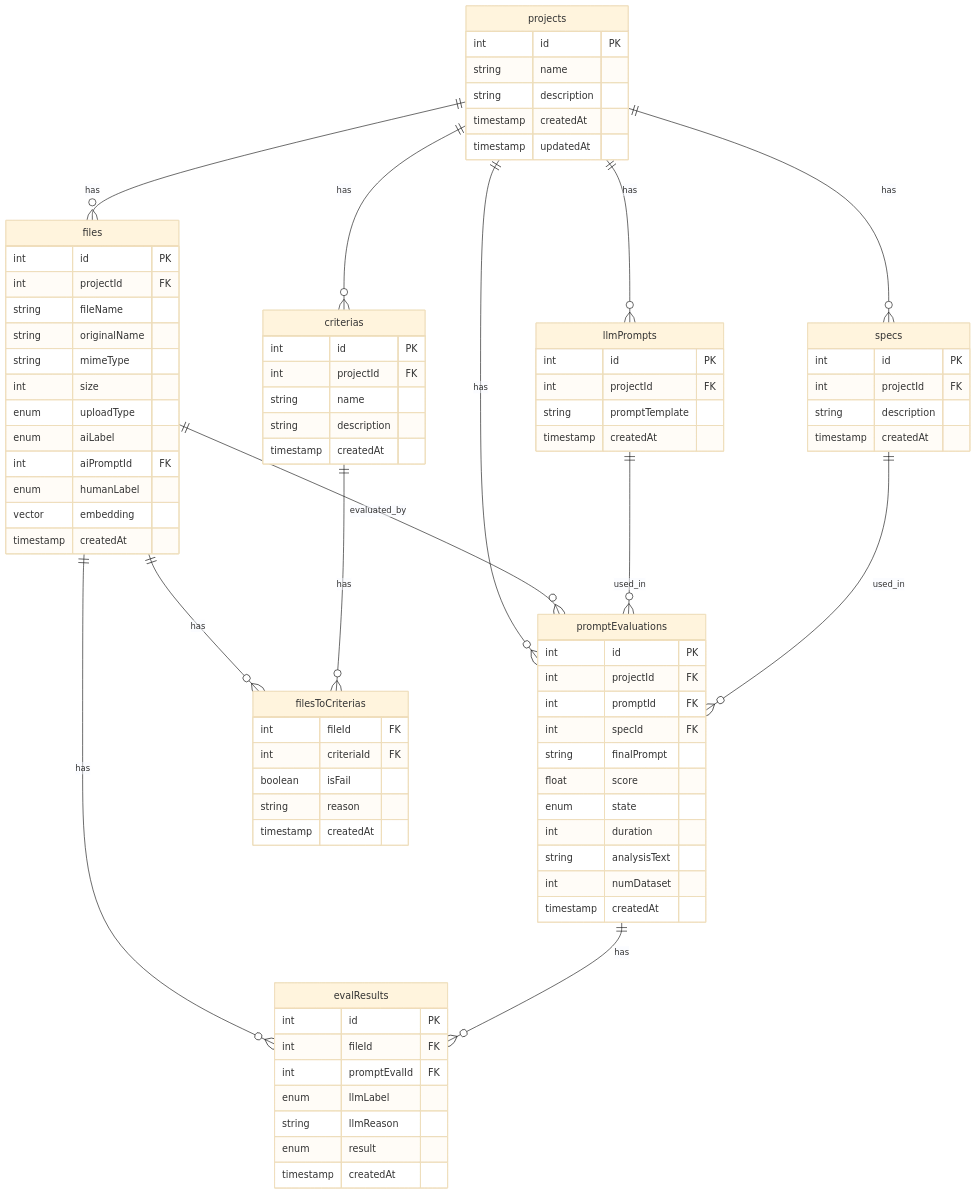
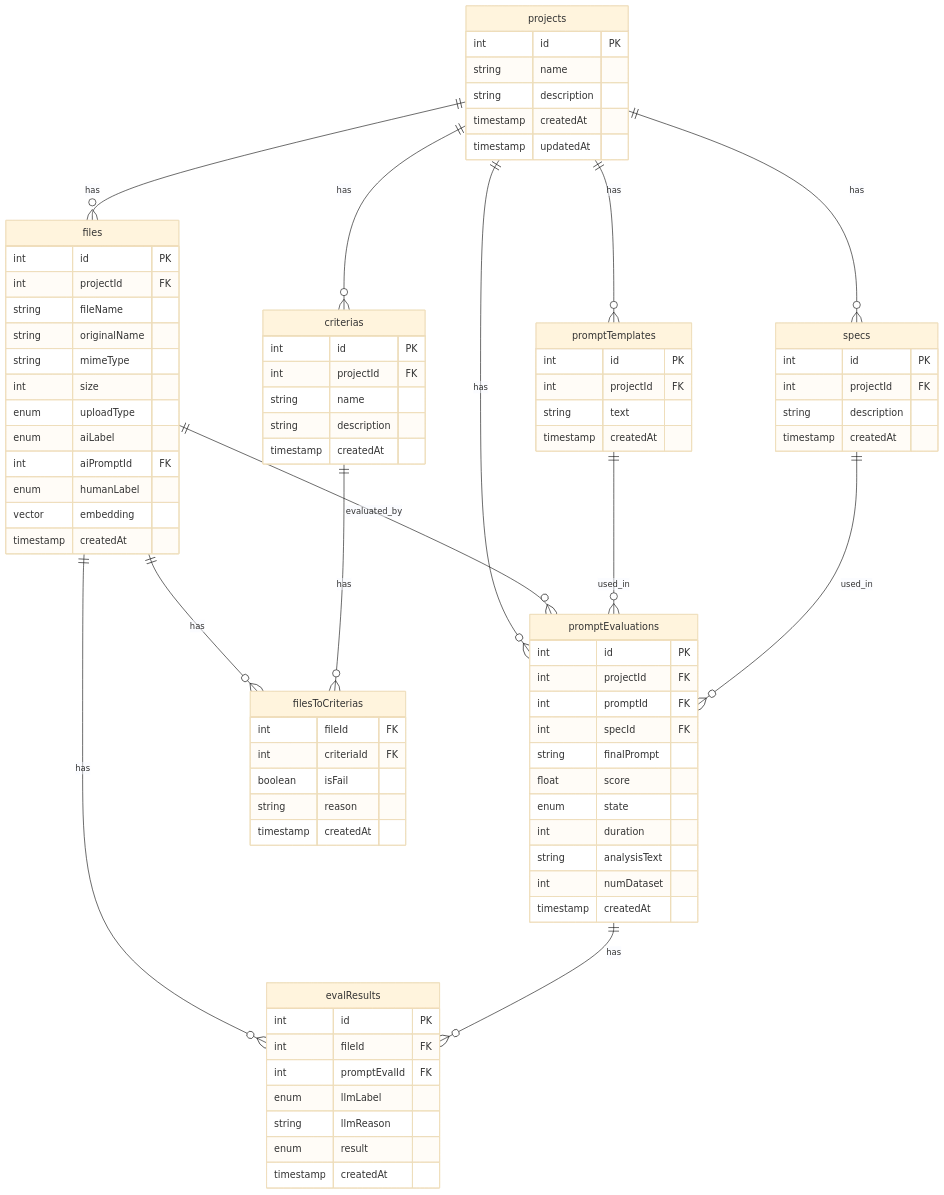
One commit to msrks/llmbox changed the diagram in README.md. Above: the diagram before and after it, drawn with Mermaid (base theme). The commit also changed 10 other files, not shown here.

First line of the commit message:
Rename LLM Prompts to Prompt Templates and update related components

```diff
--- a/README.md
+++ b/README.md
@@ -39,7 +39,7 @@
 erDiagram
     projects ||--o{ files : "has"
     projects ||--o{ criterias : "has"
-    projects ||--o{ llmPrompts : "has"
+    projects ||--o{ promptTemplates : "has"
     projects ||--o{ specs : "has"
     projects ||--o{ promptEvaluations : "has"
 
@@ -86,11 +86,11 @@
         timestamp createdAt
     }
 
-    llmPrompts ||--o{ promptEvaluations : "used_in"
-    llmPrompts {
+    promptTemplates ||--o{ promptEvaluations : "used_in"
+    promptTemplates {
         int id PK
         int projectId FK
-        string promptTemplate
+        string text
         timestamp createdAt
     }
 
```
